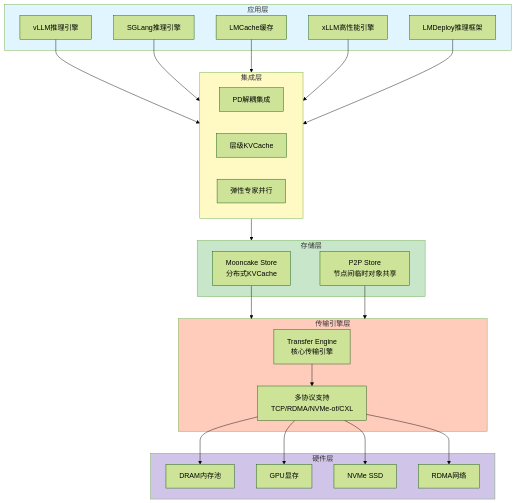
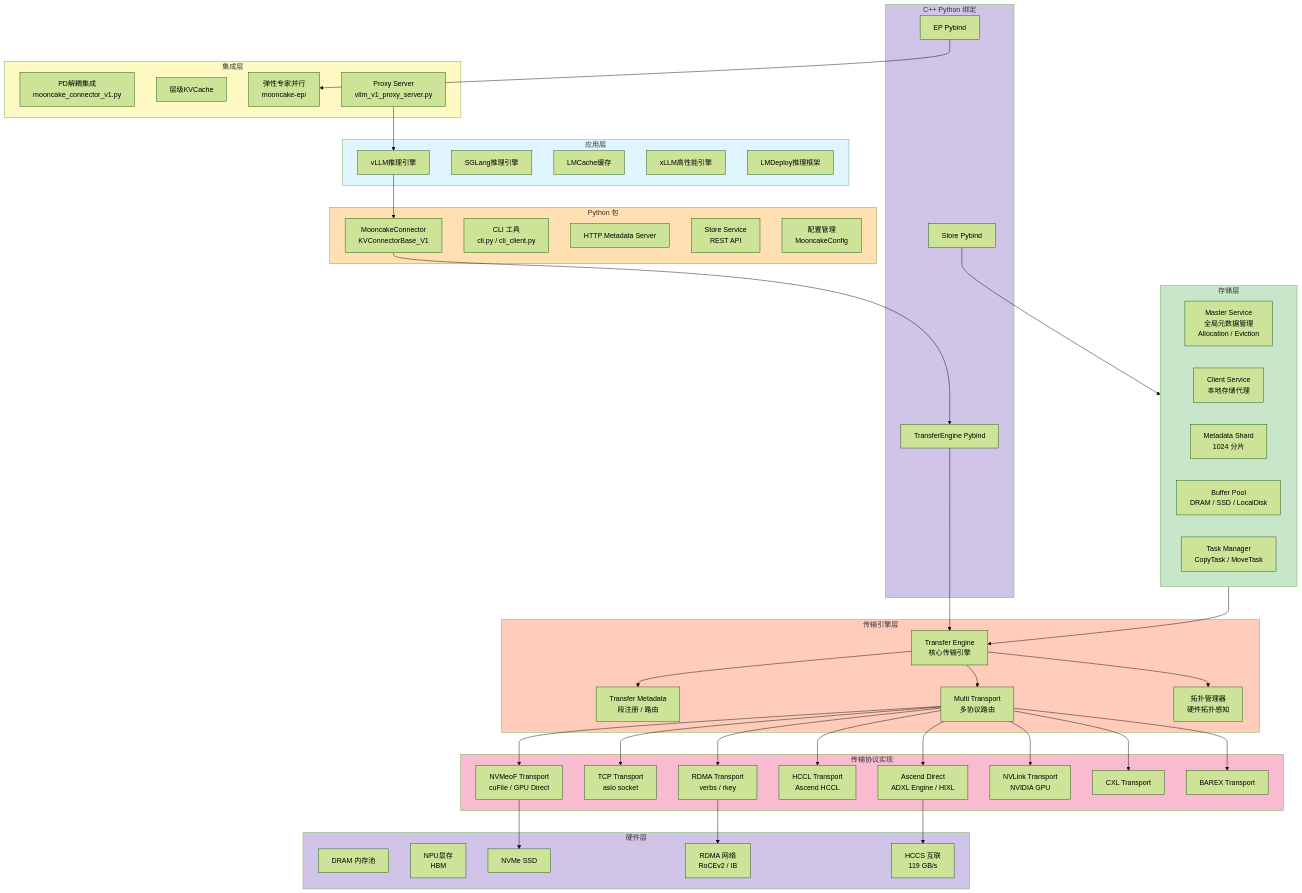
One commit to larryliuqing/vllm-docs changed the first of 26 diagrams in docs/mooncake/mooncake_architecture_and_workflow.md. Above: the diagram before and after it, drawn with Mermaid (forest theme). The commit also changed other lines of this file and 3 other files, not shown here.

````diff
--- a/docs/mooncake/mooncake_architecture_and_workflow.md
+++ b/docs/mooncake/mooncake_architecture_and_workflow.md
@@ -31,49 +47,93 @@
     end
     
     subgraph Integration["集成层"]
-        PD_Disaggregation[PD解耦集成]
+        PD_Disaggregation[PD解耦集成<br/>mooncake_connector_v1.py]
         HiCache[层级KVCache]
-        EP_Support[弹性专家并行]
+        EP_Support[弹性专家并行<br/>mooncake-ep/]
+        Proxy_Server[Proxy Server<br/>vllm_v1_proxy_server.py]
+    end
+    
+    subgraph Python_Wheel["Python 包"]
+        MooncakeConnector[MooncakeConnector<br/>KVConnectorBase_V1]
+        CLI[CLI 工具<br/>cli.py / cli_client.py]
+        HTTP_Meta[HTTP Metadata Server]
+        Store_Service[Store Service<br/>REST API]
+        MooncakeConfig[配置管理<br/>MooncakeConfig]
+    end
+    
+    subgraph Integration_Bridge["C++ Python 绑定"]
+        TransferEnginePy[TransferEngine Pybind]
+        StorePy[Store Pybind]
+        EPPy[EP Pybind]
     end
     
     subgraph Store["存储层"]
-        Mooncake_Store[Mooncake Store<br/>分布式KVCache]
-        P2P_Store[P2P Store<br/>节点间临时对象共享]
+        Master_Service[Master Service<br/>全局元数据管理<br/>Allocation / Eviction]
+        Client_Service[Client Service<br/>本地存储代理]
+        Metadata_Shard[Metadata Shard<br/>1024 分片]
+        Buffer_Pool[Buffer Pool<br/>DRAM / SSD / LocalDisk]
+        Task_Manager[Task Manager<br/>CopyTask / MoveTask]
     end
     
     subgraph Engine["传输引擎层"]
         Transfer_Engine[Transfer Engine<br/>核心传输引擎]
-        Multi_Protocol[多协议支持<br/>TCP/RDMA/NVMe-of/CXL]
+        Transfer_Metadata[Transfer Metadata<br/>段注册 / 路由]
+        Multi_Transport[Multi Transport<br/>多协议路由]
+        Topology[拓扑管理器<br/>硬件拓扑感知]
+    end
+    
+    subgraph Transport["传输协议实现"]
+        RDMA[RDMA Transport<br/>verbs / rkey]
+        TCP[TCP Transport<br/>asio socket]
+        Ascend_Direct[Ascend Direct<br/>ADXL Engine / HIXL]
+        HCCL[HCCL Transport<br/>Ascend HCCL]
+        NVMeoF[NVMeoF Transport<br/>cuFile / GPU Direct]
+        NVLink[NVLink Transport<br/>NVIDIA GPU]
+        CXL[CXL Transport]
+        BAREX[BAREX Transport]
     end
     
     subgraph HW["硬件层"]
-        DRAM[DRAM内存池]
-        VRAM[GPU显存]
+        DRAM[DRAM 内存池]
+        VRAM[NPU显存<br/>HBM]
         NVMe[NVMe SSD]
-        RDMA[RDMA网络]
+        RDMA_NET[RDMA 网络<br/>RoCEv2 / IB]
+        HCCS[HCCS 互联<br/>119 GB/s]
     end
     
-    vLLM --> Integration
-    SGLang --> Integration
-    LMCache --> Integration
-    xLLM --> Integration
-    LMDeploy --> Integration
+    vLLM --> MooncakeConnector
+    MooncakeConnector --> TransferEnginePy
+    Proxy_Server --> vLLM
     
-    Integration --> Store
+    TransferEnginePy --> Transfer_Engine
+    StorePy --> Store
+    EPPy --> EP_Support
     
-    Mooncake_Store --> Engine
-    P2P_Store --> Engine
+    Store --> Transfer_Engine
     
-    Transfer_Engine --> Multi_Protocol
+    Transfer_Engine --> Multi_Transport
+    Transfer_Engine --> Transfer_Metadata
+    Transfer_Engine --> Topology
     
-    Multi_Protocol --> DRAM
-    Multi_Protocol --> VRAM
-    Multi_Protocol --> NVMe
-    Multi_Protocol --> RDMA
+    Multi_Transport --> RDMA
+    Multi_Transport --> TCP
+    Multi_Transport --> Ascend_Direct
+    Multi_Transport --> HCCL
+    Multi_Transport --> NVMeoF
+    Multi_Transport --> NVLink
+    Multi_Transport --> CXL
+    Multi_Transport --> BAREX
+    
+    Ascend_Direct --> HCCS
+    RDMA --> RDMA_NET
+    NVMeoF --> NVMe
     
     style App fill:#e1f5ff
     style Integration fill:#fff9c4
+    style Python_Wheel fill:#ffe0b2
+    style Integration_Bridge fill:#d1c4e9
     style Store fill:#c8e6c9
     style Engine fill:#ffccbc
+    style Transport fill:#f8bbd0
     style HW fill:#d1c4e9
 ```
````
